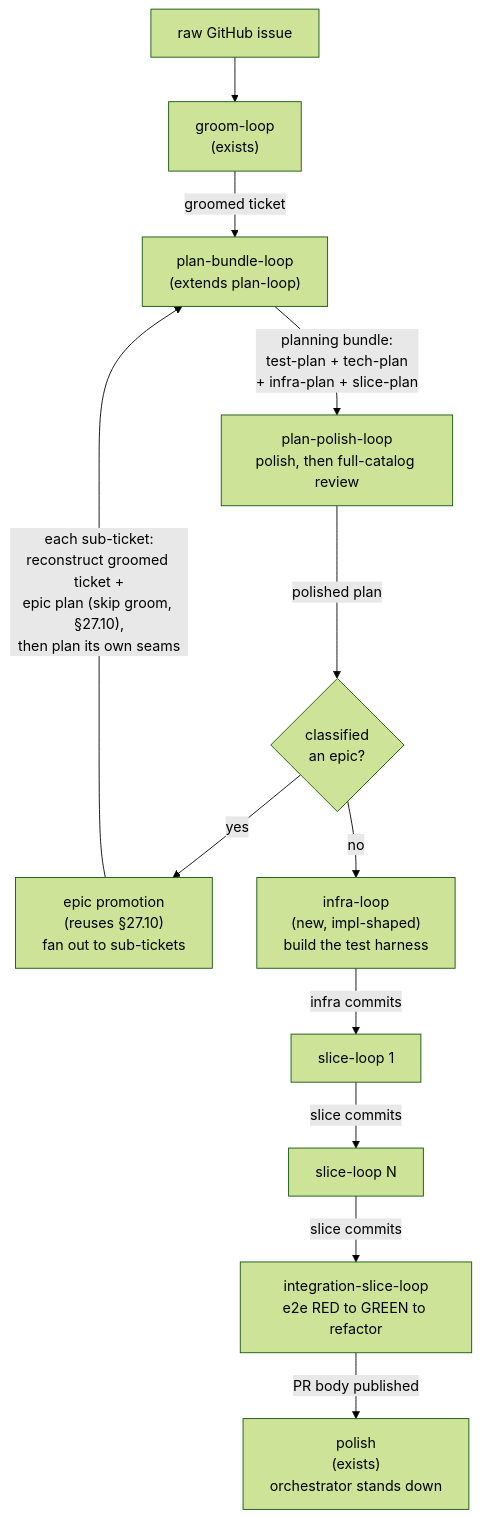
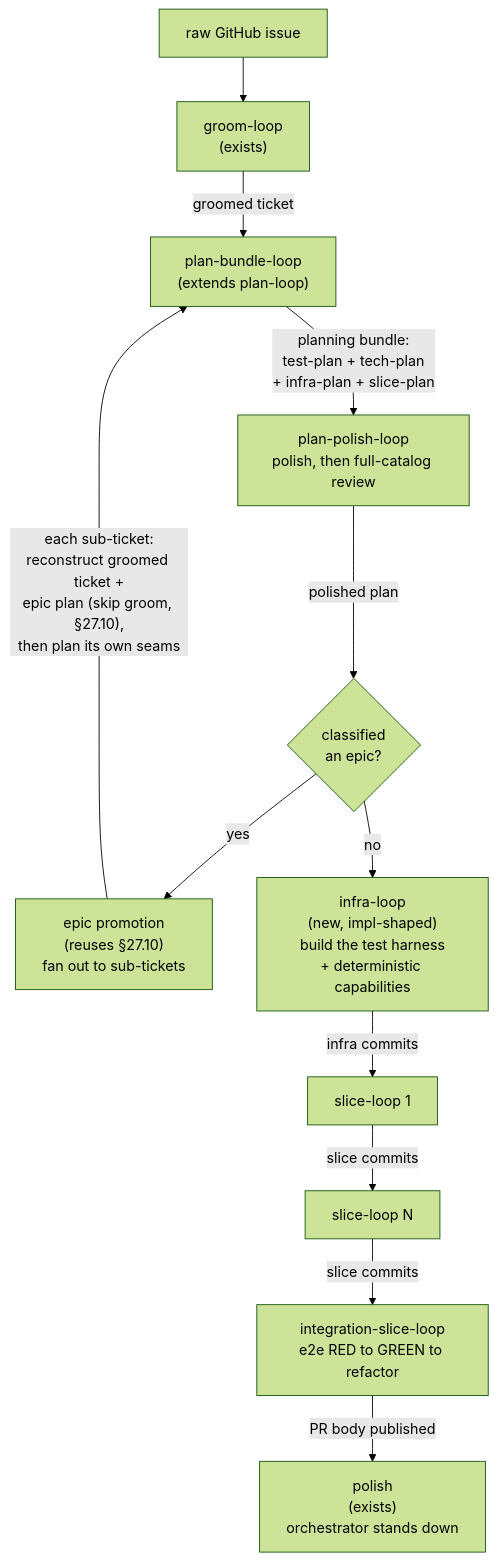
One commit to dylanb/agent-terminal changed the first of 2 diagrams in docs/spec/28-the-full-tdd-development-process-a-chain-of-loops.md. Above: the diagram before and after it, drawn with Mermaid (forest theme). The commit also changed 6 other files, not shown here.

First line of the commit message:
[skip ci] Commit infra's principal charter, show infra's capabilities in the §28.2 chain diagram, and trim new test comments to their citations

````diff
--- a/docs/spec/28-the-full-tdd-development-process-a-chain-of-loops.md
+++ b/docs/spec/28-the-full-tdd-development-process-a-chain-of-loops.md
@@ -22,14 +22,14 @@
 ```mermaid
 flowchart TD
   RAW["raw GitHub issue"] --> GROOM["groom-loop<br/>(exists)"]
   GROOM -->|"groomed ticket"| PLAN["plan-bundle-loop<br/>(extends plan-loop)"]
   PLAN -->|"planning bundle:<br/>test-plan + tech-plan<br/>+ infra-plan + slice-plan"| PPOLISH["plan-polish-loop<br/>polish, then full-catalog review"]
   PPOLISH -->|"polished plan"| EPICQ{"classified<br/>an epic?"}
   EPICQ -->|"yes"| PROMO["epic promotion<br/>(reuses §27.10)<br/>fan out to sub-tickets"]
   PROMO -->|"each sub-ticket:<br/>reconstruct groomed ticket +<br/>epic plan (skip groom, §27.10),<br/>then plan its own seams"| PLAN
-  EPICQ -->|"no"| INFRA["infra-loop<br/>(new, impl-shaped)<br/>build the test harness"]
+  EPICQ -->|"no"| INFRA["infra-loop<br/>(new, impl-shaped)<br/>build the test harness<br/>+ deterministic capabilities"]
   INFRA -->|"infra commits"| SLICE1["slice-loop 1"]
   SLICE1 -->|"slice commits"| SLICEN["slice-loop N"]
   SLICEN -->|"slice commits"| INTEG["integration-slice-loop<br/>e2e RED to GREEN to refactor"]
   INTEG -->|"PR body published"| POLISH["polish<br/>(exists)<br/>orchestrator stands down"]
 ```
````
